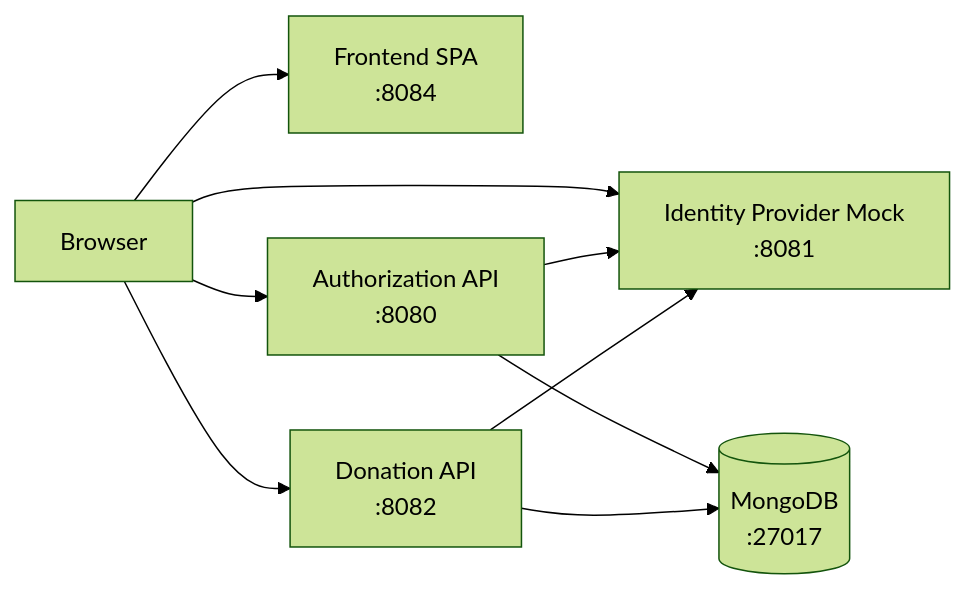
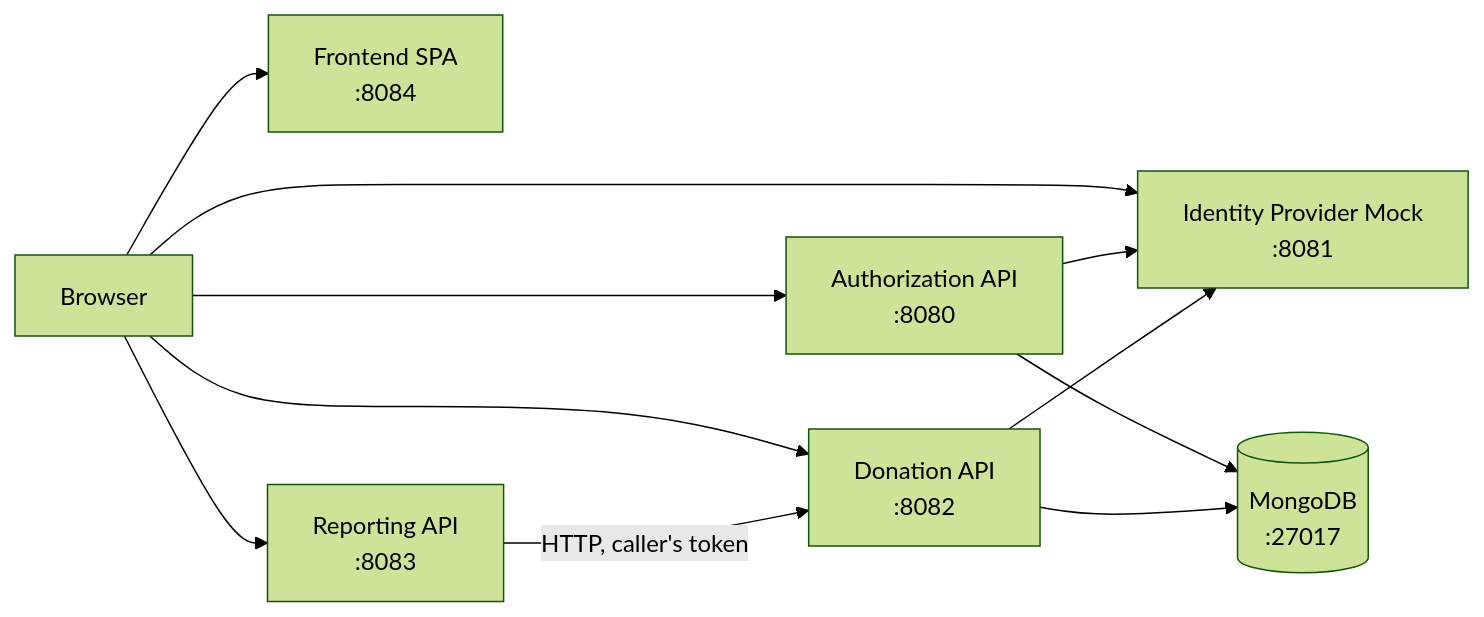
The first of 2 diagrams in docs/current/deployment-status.md (wouterfennis/TimeForCode), drawn with Mermaid (forest theme) before and after one commit. The commit also changed other lines of this file and 139 other files, not shown here.

````diff
--- a/docs/current/deployment-status.md
+++ b/docs/current/deployment-status.md
@@ -38,18 +38,21 @@
 ```mermaid
 graph LR
     Browser["Browser"]
     Frontend["Frontend SPA\n:8084"]
     AuthAPI["Authorization API\n:8080"]
     DonationAPI["Donation API\n:8082"]
+    ReportingAPI["Reporting API\n:8083"]
     IdpMock["Identity Provider Mock\n:8081"]
     Mongo[("MongoDB\n:27017")]
 
     Browser --> Frontend
     Browser --> IdpMock
     Browser --> AuthAPI
     Browser --> DonationAPI
+    Browser --> ReportingAPI
     AuthAPI --> IdpMock
     AuthAPI --> Mongo
     DonationAPI --> IdpMock
     DonationAPI --> Mongo
+    ReportingAPI -->|HTTP, caller's token| DonationAPI
 ```
````
